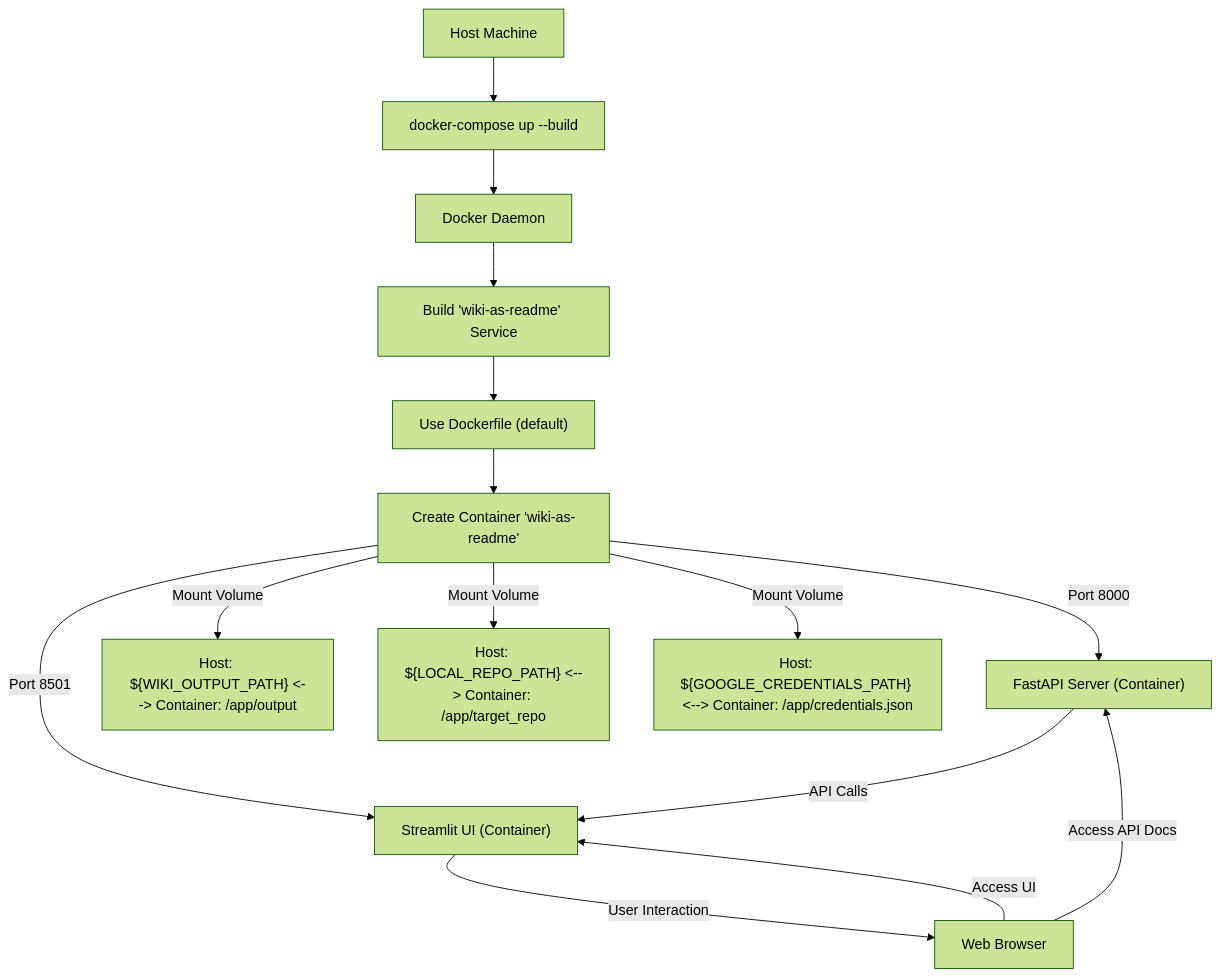
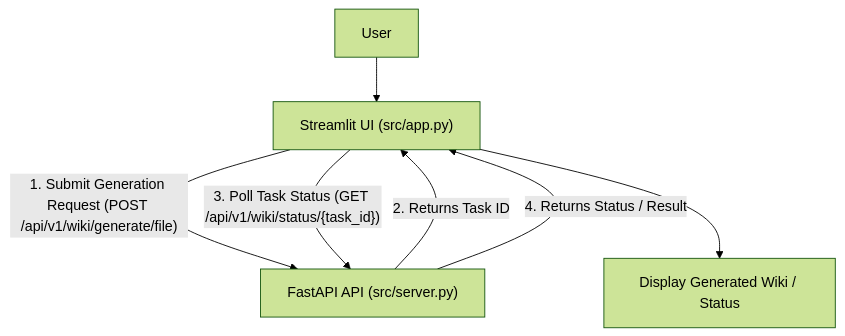
Before and after one commit to catuscio/wiki-as-readme: the seventh of 14 diagrams in examples/wiki_as_README.md, drawn with Mermaid (forest theme). The commit also changed other lines of this file, not shown here.

Commit message:
✨📚 Update examples/wiki_as_README.md via Wiki-As-Readme Action (en)

````diff
--- a/examples/wiki_as_README.md
+++ b/examples/wiki_as_README.md
@@ -1036,20 +1161,9 @@
 ```mermaid
 graph TD
-    A["Host Machine"] --> B["docker-compose up --build"];
-    B --> C["Docker Daemon"];
-    C --> D["Build 'wiki-as-readme' Service"];
-    D --> E["Use Dockerfile (default)"];
-    E --> F["Create Container 'wiki-as-readme'"];
-
-    F -- "Port 8000" --> G["FastAPI Server (Container)"];
-    F -- "Port 8501" --> H["Streamlit UI (Container)"];
-
-    F -- "Mount Volume" --> I["Host: ${WIKI_OUTPUT_PATH} <--> Container: /app/output"];
-    F -- "Mount Volume" --> J["Host: ${LOCAL_REPO_PATH} <--> Container: /app/target_repo"];
-    F -- "Mount Volume" --> K["Host: ${GOOGLE_CREDENTIALS_PATH} <--> Container: /app/credentials.json"];
-
-    G -- "API Calls" --> H;
-    H -- "User Interaction" --> L["Web Browser"];
-    L -- "Access UI" --> H;
-    L -- "Access API Docs" --> G;
+    A["User"] --> B["Streamlit UI (src/app.py)"];
+    B -- "1. Submit Generation Request (POST /api/v1/wiki/generate/file)" --> C["FastAPI API (src/server.py)"];
+    C -- "2. Returns Task ID" --> B;
+    B -- "3. Poll Task Status (GET /api/v1/wiki/status/{task_id})" --> C;
+    C -- "4. Returns Status / Result" --> B;
+    B --> D["Display Generated Wiki / Status"];
 ```
````
